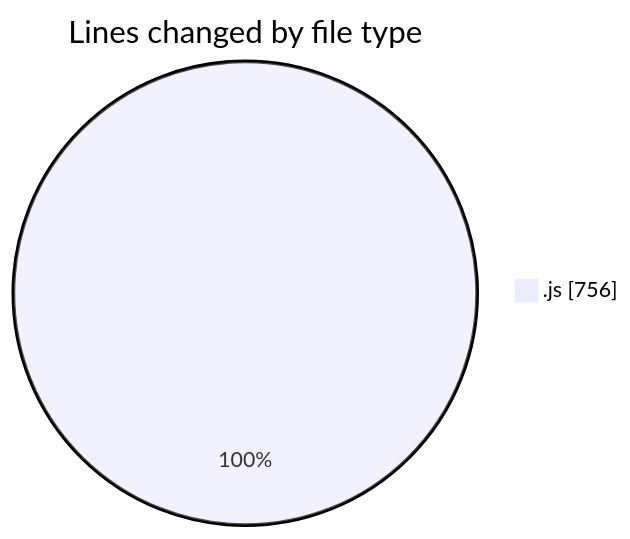
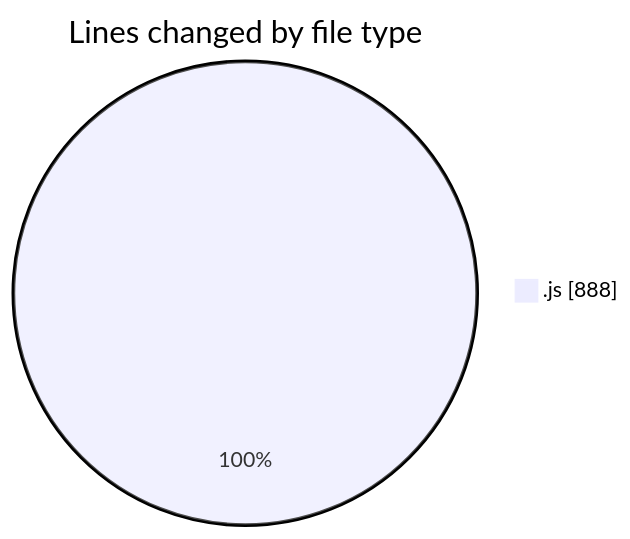
One commit to nxtqubesakshisongat/code-tracking changed the first of 2 diagrams in 2025-11-04/nxtqube_webapp/README.md. Above: the diagram before and after it, drawn with Mermaid. The commit also changed other lines of this file and 1 other file, not shown here.

````diff
--- a/2025-11-04/nxtqube_webapp/README.md
+++ b/2025-11-04/nxtqube_webapp/README.md
@@ -23,5 +23,5 @@
 ```mermaid
 pie showData
 title Lines changed by file type
-".js" : 756
+".js" : 888
 ```
````
